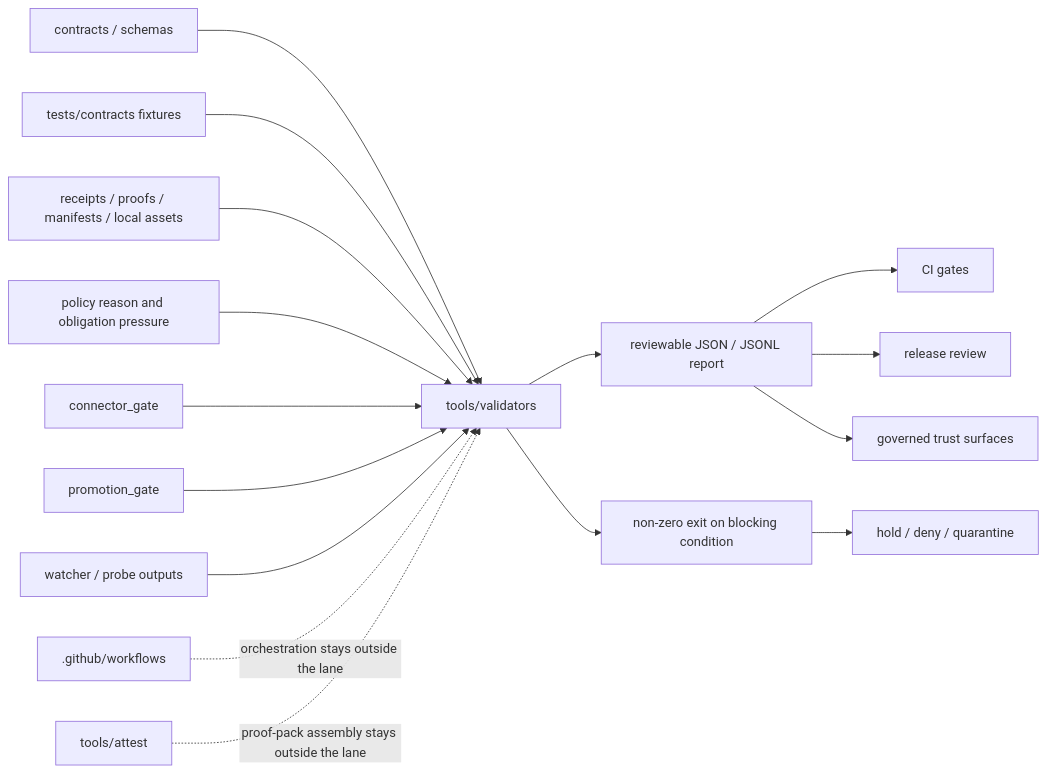
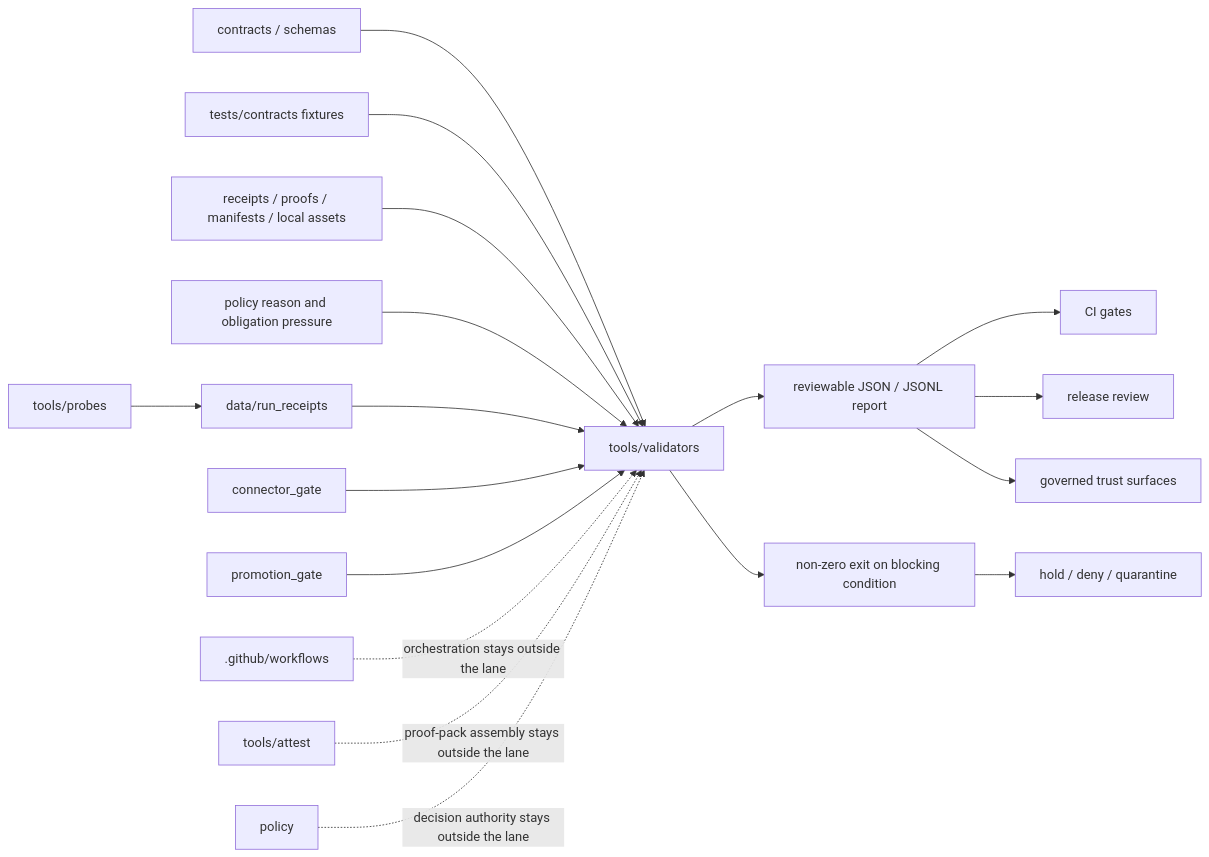
Before and after one commit to bartytime4life/Kansas-Frontier-Matrix: the diagram in tools/validators/README.md, drawn with Mermaid. The commit also changed other lines of this file, not shown here.

First line of the commit message:
Update README for tools/validators with new entrypoint

````diff
--- a/tools/validators/README.md
+++ b/tools/validators/README.md
@@ -381,22 +434,25 @@
 ```mermaid
 flowchart LR
     A[contracts / schemas] --> V[tools/validators]
     B[tests/contracts fixtures] --> V
     C[receipts / proofs / manifests / local assets] --> V
     D[policy reason and obligation pressure] --> V
 
+    P[tools/probes] --> RR[data/run_receipts]
+    RR --> V
+
     V --> R[reviewable JSON / JSONL report]
     V --> X[non-zero exit on blocking condition]
 
     R --> CI[CI gates]
-    R --> RR[release review]
+    R --> REV[release review]
     R --> UI[governed trust surfaces]
     X --> HOLD[hold / deny / quarantine]
 
     CG[connector_gate] --> V
     PG[promotion_gate] --> V
 
-    W[watcher / probe outputs] --> V
     WF[.github/workflows] -. orchestration stays outside the lane .-> V
-    A2[tools/attest] -. proof-pack assembly stays outside the lane .-> V
+    AT[tools/attest] -. proof-pack assembly stays outside the lane .-> V
+    POL[policy] -. decision authority stays outside the lane .-> V
 ```
````
